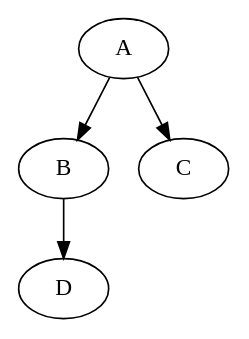
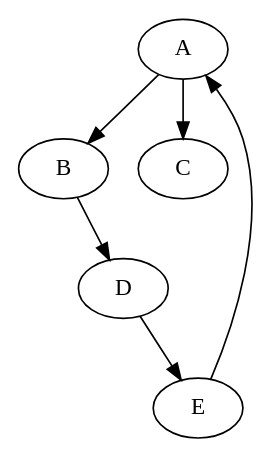
The diagram in TreePlot-output/TestTree.gv (chrisking94/datamining), drawn with Graphviz before and after one commit. The commit also changed 37 other files, not shown here.

```diff
--- a/TreePlot-output/TestTree.gv
+++ b/TreePlot-output/TestTree.gv
@@ -1,10 +1,13 @@
 // TestTree
 digraph {
-	4 [label=A]
-	5 [label=B]
-	7 [label=D]
-	5 -> 7
-	4 -> 5
-	6 [label=C]
-	4 -> 6
+	0 [label=A color=black shape=ellipse]
+	0 -> 1 [label="" color=black style=solid]
+	1 [label=B color=black shape=ellipse]
+	1 -> 3 [label="" color=black style=solid]
+	3 [label=D color=black shape=ellipse]
+	3 -> 4 [label="" color=black style=solid]
+	4 [label=E color=black shape=ellipse]
+	4 -> 0 [label="" color=black style=solid]
+	0 -> 2 [label="" color=black style=solid]
+	2 [label=C color=black shape=ellipse]
 }
```
